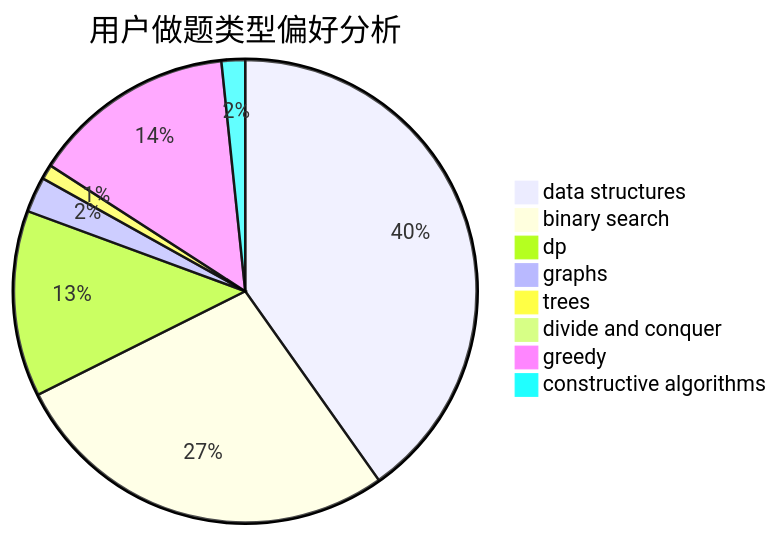
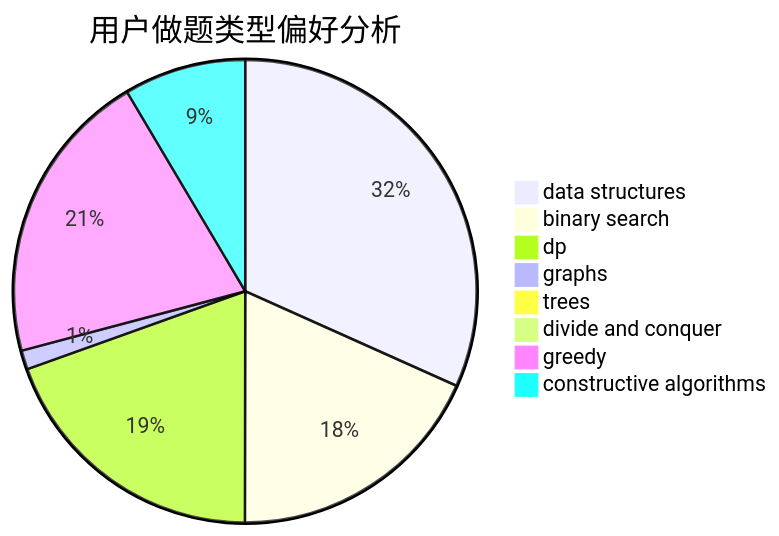
Before and after one commit to sherpahu/cfrs.github.io: the second of 3 diagrams in docs/user/u1772.md, drawn with Mermaid. The commit also changed other lines of this file and 2770 other files, not shown here.

````diff
--- a/docs/user/u1772.md
+++ b/docs/user/u1772.md
@@ -23,11 +23,11 @@
 ```mermaid
 pie title 用户做题类型偏好分析
-    "data structures" :  195
-    "binary search" :  133
-    "dp" :  63
-    "graphs" :  12
-    "trees" :  5
+    "data structures" :  692
+    "binary search" :  400
+    "dp" :  426
+    "graphs" :  29
+    "trees" :  4
     "divide and conquer" :  0
-    "greedy" :  69
-    "constructive algorithms" :  8
+    "greedy" :  450
+    "constructive algorithms" :  186
 ```
````
